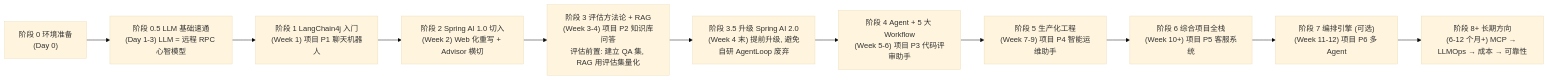
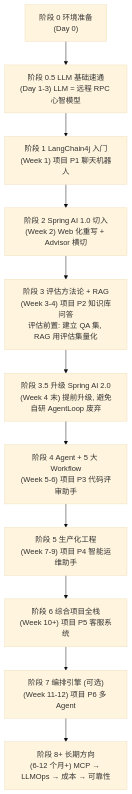
Before and after one commit to UranusGit/java-agent-learn: the first of 4 diagrams in docs/plan/00-整体路线.md, drawn with Mermaid (base theme). The commit also changed other lines of this file and 41 other files, not shown here.

First line of the commit message:
docs全库mermaid复核修复：补ER图、ASCII转mermaid/表格、删重复图、修语义矛盾

````diff
--- a/docs/plan/00-整体路线.md
+++ b/docs/plan/00-整体路线.md
@@ -26,13 +26,13 @@
 ```mermaid
-flowchart LR
+flowchart TD
     S0["阶段 0 环境准备<br/>(Day 0)"] --> S05["阶段 0.5 LLM 基础速通<br/>(Day 1-3) LLM = 远程 RPC 心智模型"]
     S05 --> S1["阶段 1 LangChain4j 入门<br/>(Week 1) 项目 P1 聊天机器人"]
     S1 --> S2["阶段 2 Spring AI 1.0 切入<br/>(Week 2) Web 化重写 + Advisor 横切"]
     S2 --> S3["阶段 3 评估方法论 + RAG<br/>(Week 3-4) 项目 P2 知识库问答<br/>评估前置: 建立 QA 集, RAG 用评估集量化"]
     S3 --> S35["阶段 3.5 升级 Spring AI 2.0<br/>(Week 4 末) 提前升级, 避免自研 AgentLoop 废弃"]
     S35 --> S4["阶段 4 Agent + 5 大 Workflow<br/>(Week 5-6) 项目 P3 代码评审助手"]
     S4 --> S5["阶段 5 生产化工程<br/>(Week 7-9) 项目 P4 智能运维助手"]
     S5 --> S6["阶段 6 综合项目全栈<br/>(Week 10+) 项目 P5 客服系统"]
     S6 --> S7["阶段 7 编排引擎 (可选)<br/>(Week 11-12) 项目 P6 多 Agent"]
     S7 --> S8["阶段 8+ 长期方向<br/>(6-12 个月+) MCP → LLMOps → 成本 → 可靠性"]
 ```
````
